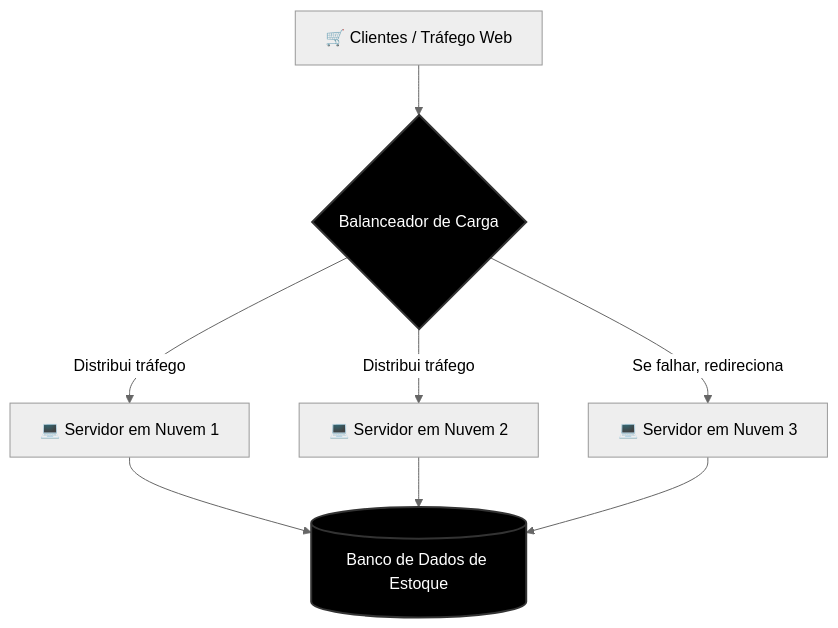
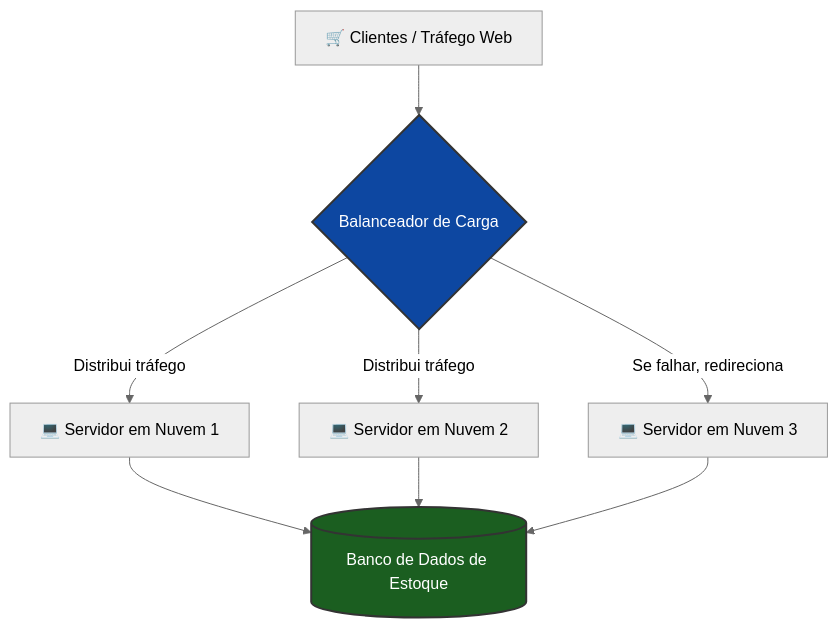
The first of 2 diagrams in README.md (KruxKossel/pisrc-araraquara), drawn with Mermaid (neutral theme) before and after one commit.

Commit message:
Change styles for nodes B and F in README
Updated styles for nodes B and F in the diagram.

````diff
--- a/README.md
+++ b/README.md
@@ -11,15 +11,15 @@
 ```mermaid
 graph TD
     A[🛒 Clientes / Tráfego Web] --> B{Balanceador de Carga}
     
     B -->|Distribui tráfego| C[💻 Servidor em Nuvem 1]
     B -->|Distribui tráfego| D[💻 Servidor em Nuvem 2]
     B -->|Se falhar, redireciona| E[💻 Servidor em Nuvem 3]
 
     C --> F[(Banco de Dados de Estoque)]
     D --> F
     E --> F
     
-    style B fill:black,color:white,stroke:#333,stroke-width:2px
-    style F fill:black,color:white,stroke:#333,stroke-width:2px
+    style B fill:#0D47A1,color:white,stroke:#333,stroke-width:2px
+    style F fill:#1B5E20,color:white,stroke:#333,stroke-width:2px
 ```
````
